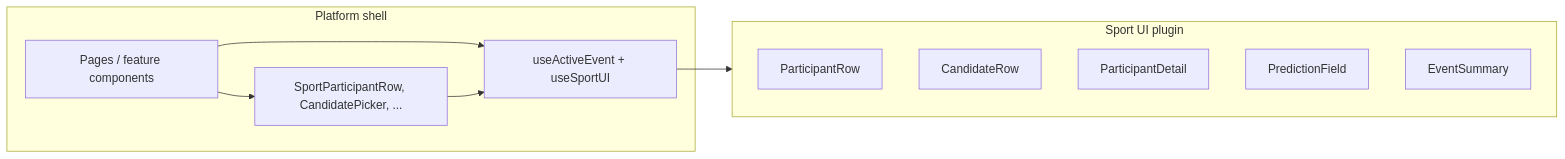
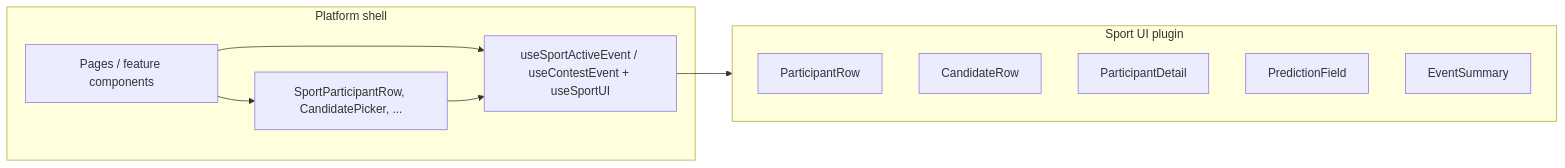
Before and after one commit to MagRelo/cut: the diagram in spec/client/sport-ui-plugins.md, drawn with Mermaid. The commit also changed other lines of this file and 36 other files, not shown here.

First line of the commit message:
Refactor sport context handling and enhance event management

````diff
--- a/spec/client/sport-ui-plugins.md
+++ b/spec/client/sport-ui-plugins.md
@@ -11,19 +11,19 @@
 ```mermaid
 flowchart LR
   subgraph platform [Platform shell]
     Page[Pages / feature components]
-    Hook[useActiveEvent + useSportUI]
+    Hook[useSportActiveEvent / useContestEvent + useSportUI]
     Shell[SportParticipantRow, CandidatePicker, ...]
   end
   subgraph plugin [Sport UI plugin]
     PR[ParticipantRow]
     CR[CandidateRow]
     PD[ParticipantDetail]
     PF[PredictionField]
     ES[EventSummary]
   end
   Page --> Hook
   Page --> Shell
   Shell --> Hook
   Hook --> plugin
 ```
````
